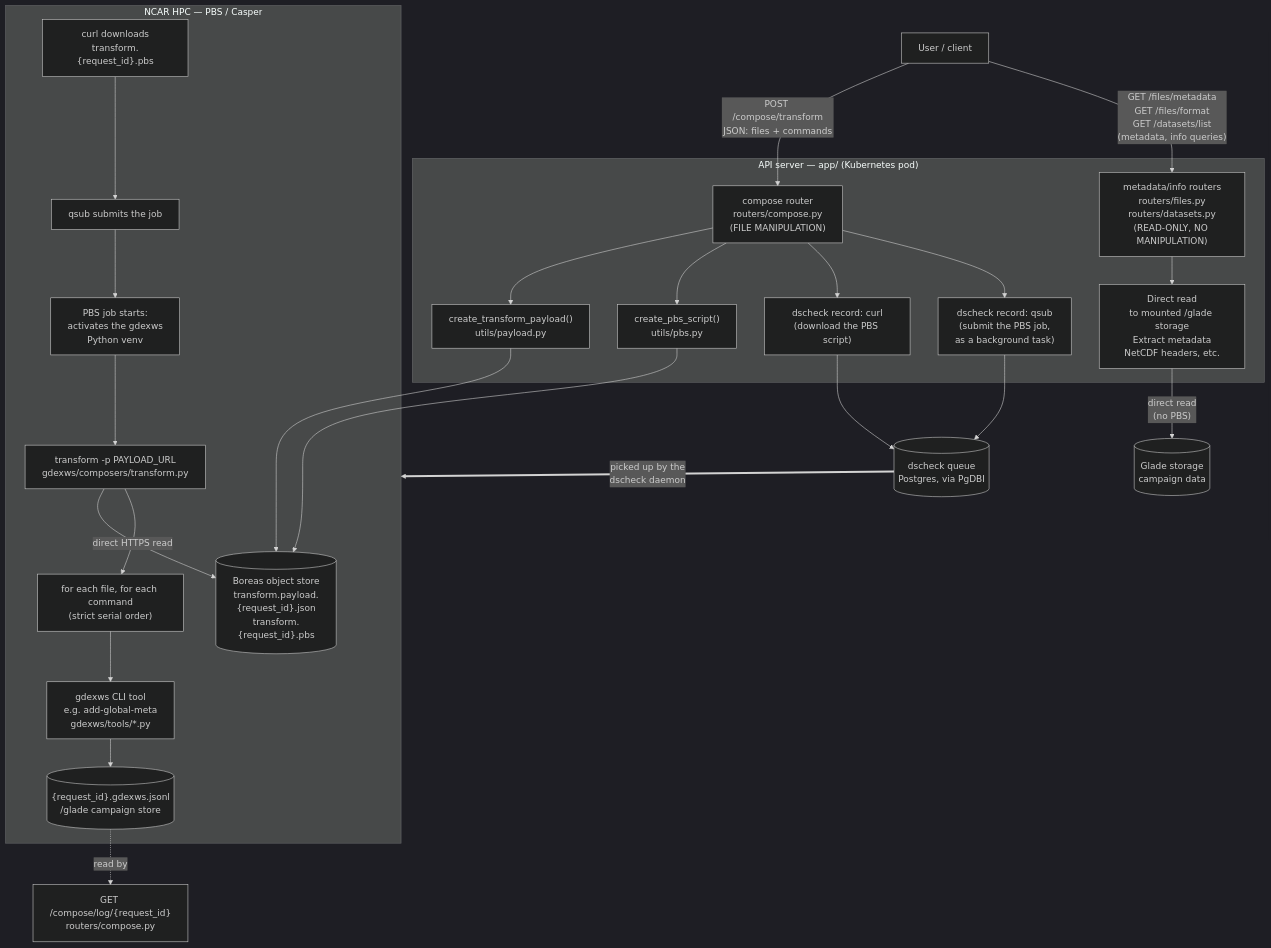
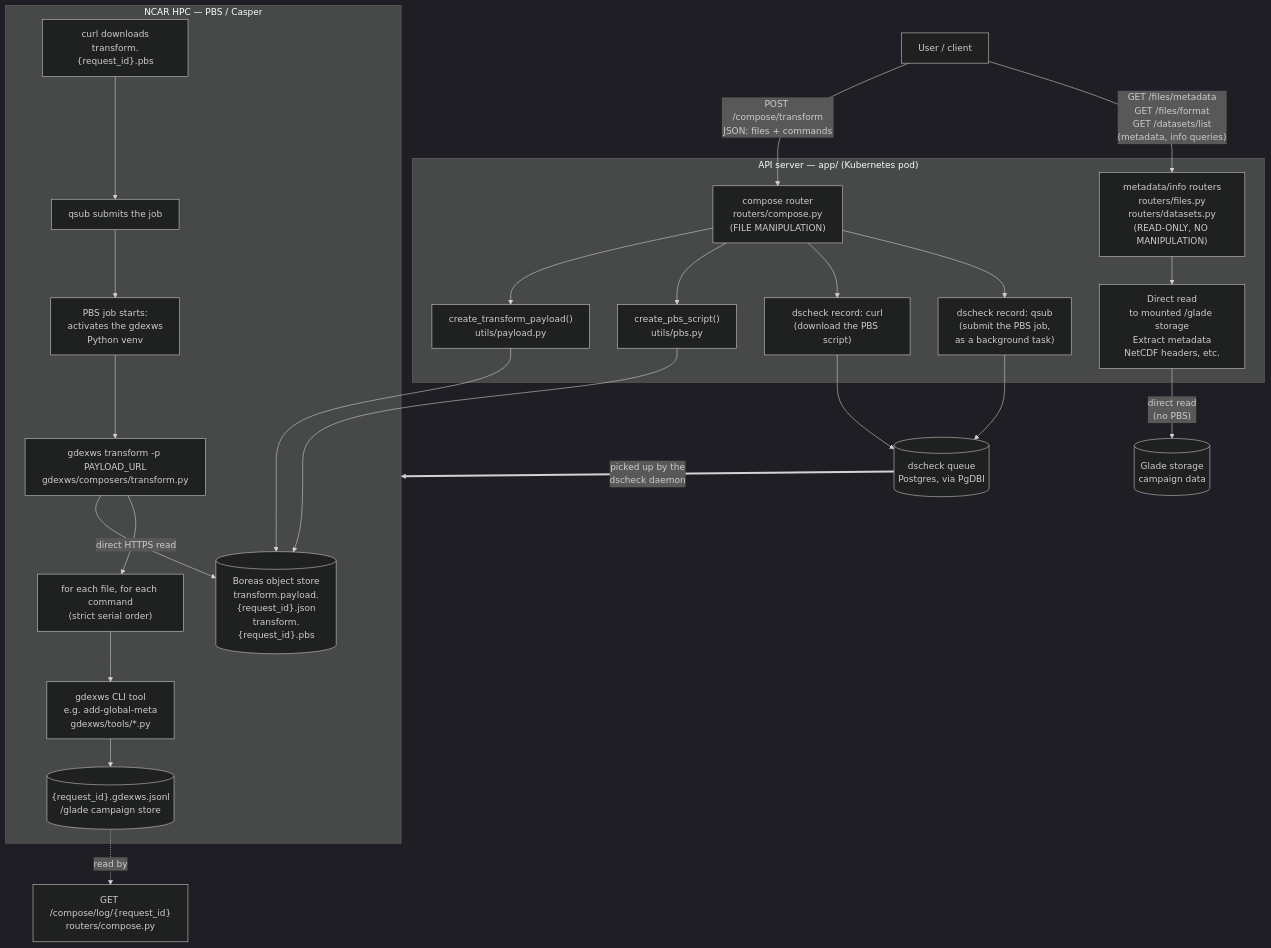
The diagram in ARCHITECTURE.md (NCAR/gdex-web-services), drawn with Mermaid (dark theme) before and after one commit. The commit also changed other lines of this file and 10 other files, not shown here.

````diff
--- a/ARCHITECTURE.md
+++ b/ARCHITECTURE.md
@@ -11,39 +11,39 @@
 ```mermaid
 flowchart TD
     U["User / client"] -->|"POST /compose/transform<br/>JSON: files + commands"| R
     U -->|"GET /files/metadata<br/>GET /files/format<br/>GET /datasets/list<br/>(metadata, info queries)"| META
 
     subgraph API["API server — app/ (Kubernetes pod)"]
         R["compose router<br/>routers/compose.py<br/>(FILE MANIPULATION)"]
         META["metadata/info routers<br/>routers/files.py<br/>routers/datasets.py<br/>(READ-ONLY, NO MANIPULATION)"]
         
         R --> PL["create_transform_payload()<br/>utils/payload.py"]
         R --> PB["create_pbs_script()<br/>utils/pbs.py"]
         R --> D1["dscheck record: curl<br/>(download the PBS script)"]
         R --> D2["dscheck record: qsub<br/>(submit the PBS job,<br/>as a background task)"]
         
         META --> GLADE_READ["Direct read<br/>to mounted /glade storage<br/>Extract metadata<br/>NetCDF headers, etc."]
     end
 
     PL --> BOREAS[("Boreas object store<br/>transform.payload.{request_id}.json<br/>transform.{request_id}.pbs")]
     PB --> BOREAS
 
     D1 --> Q[("dscheck queue<br/>Postgres, via PgDBI")]
     D2 --> Q
 
     Q ==>|"picked up by the<br/>dscheck daemon"| HPC
 
     GLADE_READ -->|"direct read<br/>(no PBS)"| GLADE[("Glade storage<br/>campaign data")]
     
     subgraph HPC["NCAR HPC — PBS / Casper"]
         C["curl downloads<br/>transform.{request_id}.pbs"] --> S["qsub submits the job"]
         S --> J["PBS job starts:<br/>activates the gdexws<br/>Python venv"]
-        J --> T["transform -p PAYLOAD_URL<br/>gdexws/composers/transform.py"]
+        J --> T["gdexws transform -p PAYLOAD_URL<br/>gdexws/composers/transform.py"]
         T -->|"direct HTTPS read"| BOREAS
         T --> LOOP["for each file, for each command<br/>(strict serial order)"]
         LOOP --> TOOL["gdexws CLI tool<br/>e.g. add-global-meta<br/>gdexws/tools/*.py"]
         TOOL --> LOG[("{request_id}.gdexws.jsonl<br/>/glade campaign store")]
     end
 
     LOG -.->|"read by"| ST["GET /compose/log/{request_id}<br/>routers/compose.py"]
 ```
````
